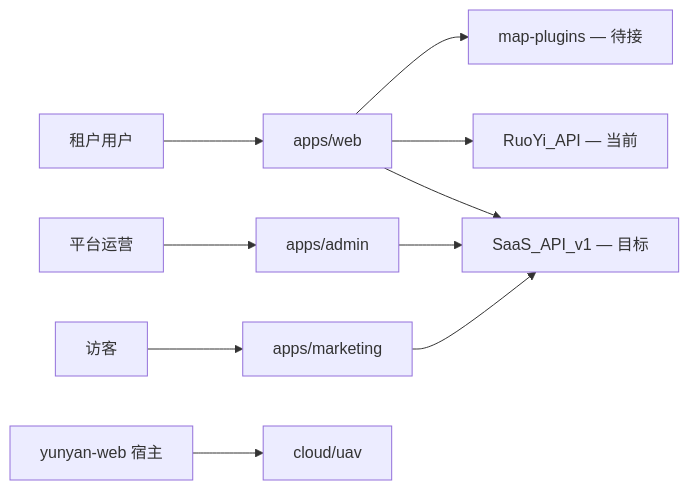
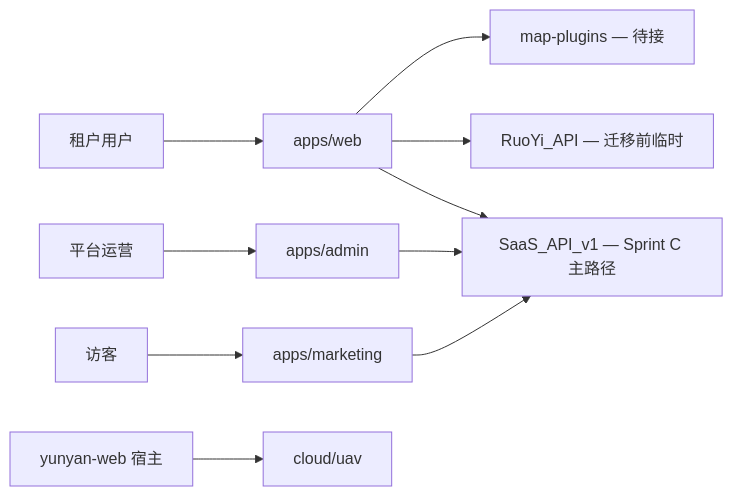
The diagram in docs/architecture/README.md (dujiaoai/map-design), drawn with Mermaid before and after one commit. The commit also changed other lines of this file and 15 other files, not shown here.

````diff
--- a/docs/architecture/README.md
+++ b/docs/architecture/README.md
@@ -15,12 +15,12 @@
 ```mermaid
 flowchart LR
   User[租户用户] --> Web[apps/web]
   Visitor[访客] --> Marketing[apps/marketing]
   Operator[平台运营] --> Admin[apps/admin]
-  Web --> RuoYi[RuoYi_API — 当前]
-  Web --> SaaSAPI[SaaS_API_v1 — 目标]
+  Web --> RuoYi[RuoYi_API — 迁移前临时]
+  Web --> SaaSAPI[SaaS_API_v1 — Sprint C 主路径]
   Admin --> SaaSAPI
   Marketing --> SaaSAPI
   Web --> MapPlugins[map-plugins — 待接]
   YunyanWeb[yunyan-web 宿主] --> CloudUAV[cloud/uav]
 ```
````
